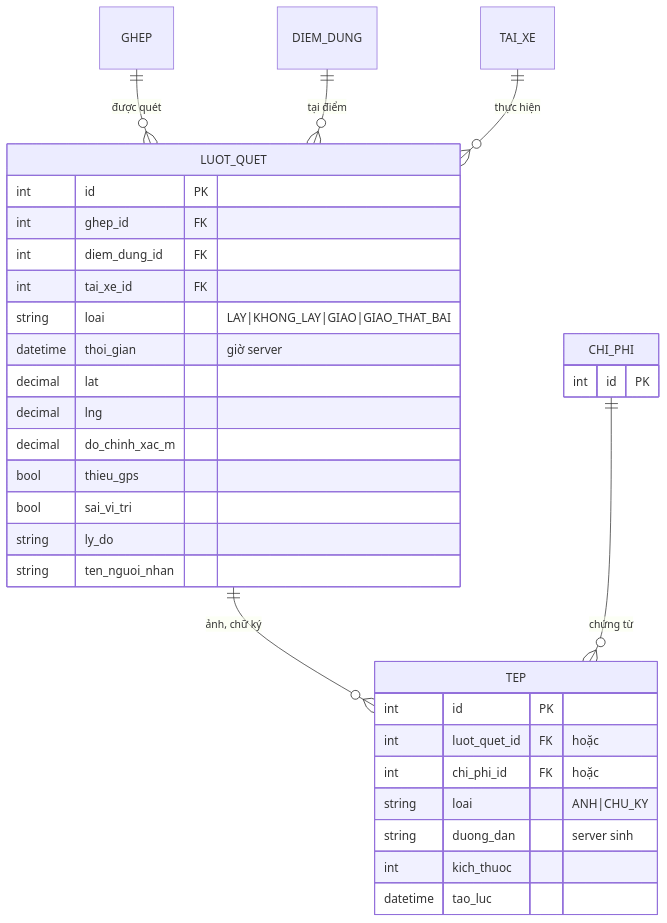
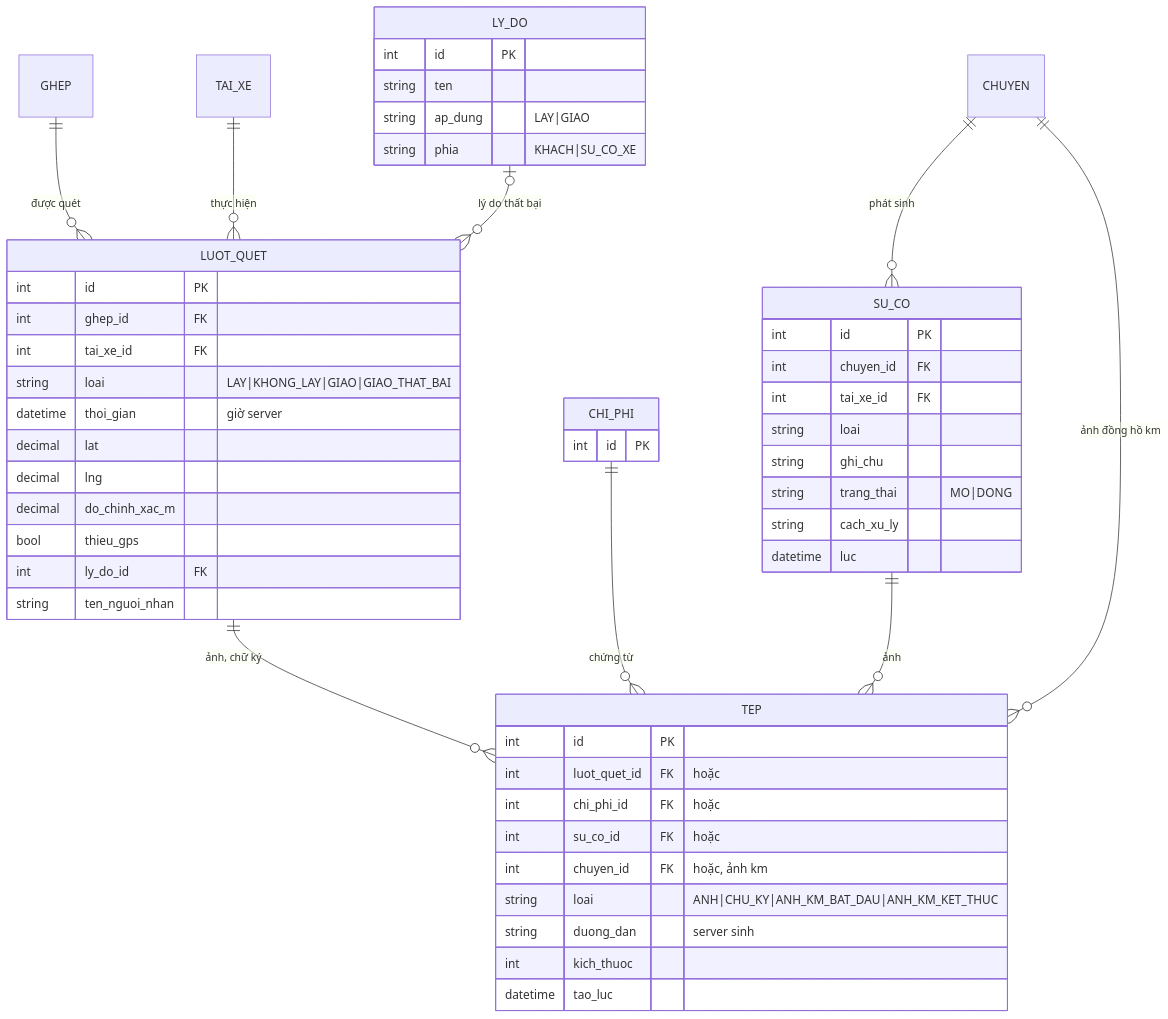
One commit to takidang/QLVC changed the sixth of 10 diagrams in docs/so-do.md. Above: the diagram before and after it, drawn with Mermaid. The commit also changed other lines of this file and 5 other files, not shown here.

````diff
--- a/docs/so-do.md
+++ b/docs/so-do.md
@@ -410,35 +408,54 @@
 ```mermaid
 erDiagram
   GHEP ||--o{ LUOT_QUET : "được quét"
-  DIEM_DUNG ||--o{ LUOT_QUET : "tại điểm"
   TAI_XE ||--o{ LUOT_QUET : "thực hiện"
+  LY_DO |o--o{ LUOT_QUET : "lý do thất bại"
+  CHUYEN ||--o{ SU_CO : "phát sinh"
   LUOT_QUET ||--o{ TEP : "ảnh, chữ ký"
   CHI_PHI ||--o{ TEP : "chứng từ"
+  SU_CO ||--o{ TEP : "ảnh"
+  CHUYEN ||--o{ TEP : "ảnh đồng hồ km"
   LUOT_QUET {
     int id PK
     int ghep_id FK
-    int diem_dung_id FK
     int tai_xe_id FK
     string loai "LAY|KHONG_LAY|GIAO|GIAO_THAT_BAI"
     datetime thoi_gian "giờ server"
     decimal lat
     decimal lng
     decimal do_chinh_xac_m
     bool thieu_gps
-    bool sai_vi_tri
-    string ly_do
+    int ly_do_id FK
     string ten_nguoi_nhan
+  }
+  LY_DO {
+    int id PK
+    string ten
+    string ap_dung "LAY|GIAO"
+    string phia "KHACH|SU_CO_XE"
+  }
+  SU_CO {
+    int id PK
+    int chuyen_id FK
+    int tai_xe_id FK
+    string loai
+    string ghi_chu
+    string trang_thai "MO|DONG"
+    string cach_xu_ly
+    datetime luc
   }
   TEP {
     int id PK
     int luot_quet_id FK "hoặc"
     int chi_phi_id FK "hoặc"
-    string loai "ANH|CHU_KY"
+    int su_co_id FK "hoặc"
+    int chuyen_id FK "hoặc, ảnh km"
+    string loai "ANH|CHU_KY|ANH_KM_BAT_DAU|ANH_KM_KET_THUC"
     string duong_dan "server sinh"
     int kich_thuoc
     datetime tao_luc
   }
   CHI_PHI {
     int id PK
   }
 ```
````
